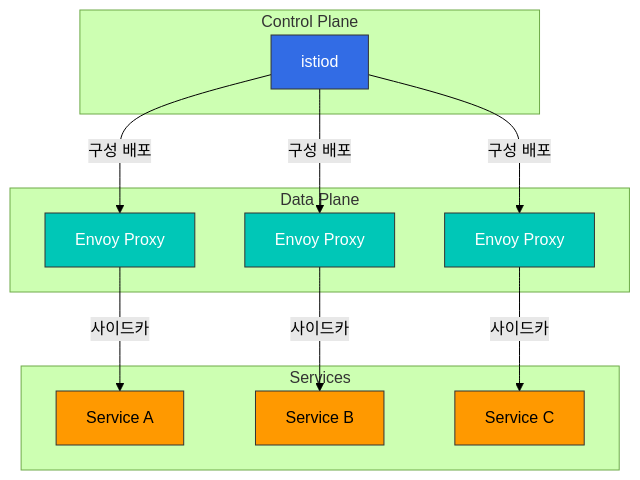
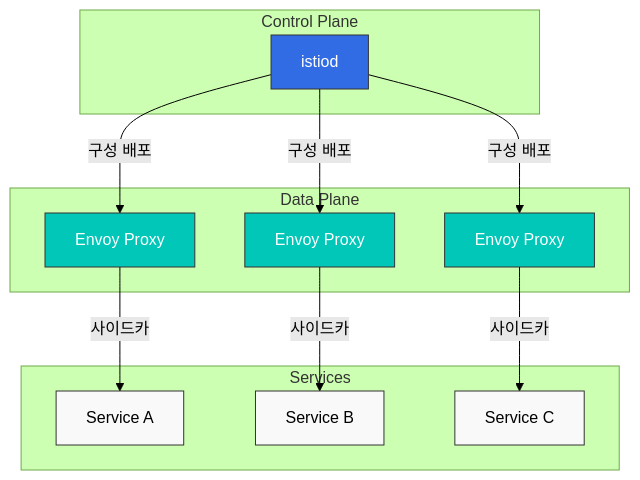
The diagram in tools/02-istio.md (Atom-oh/kubernetes-docs), drawn with Mermaid (forest theme) before and after one commit. The commit also changed 8 other files, not shown here.

Commit message:
다이어그램 업데이트

````diff
--- a/tools/02-istio.md
+++ b/tools/02-istio.md
@@ -43,36 +43,38 @@
 ```mermaid
 flowchart TD
     subgraph "Control Plane"
         A[istiod]
     end
     
     subgraph "Data Plane"
         B[Envoy Proxy]
         C[Envoy Proxy]
         D[Envoy Proxy]
     end
     
     subgraph "Services"
         E[Service A]
         F[Service B]
         G[Service C]
     end
     
     A -->|구성 배포| B
     A -->|구성 배포| C
     A -->|구성 배포| D
     
     B -->|사이드카| E
     C -->|사이드카| F
     D -->|사이드카| G
     
-    %% 스타일 적용
-    classDef k8sComponent fill:#326CE5,stroke:#333,stroke-width:1px,color:white
-    classDef userApp fill:#00C7B7,stroke:#333,stroke-width:1px,color:white
-    classDef awsService fill:#FF9900,stroke:#333,stroke-width:1px,color:black
+    %% 스타일 정의
+    classDef awsService fill:#FF9900,stroke:#333,stroke-width:1px,color:black;
+    classDef k8sComponent fill:#326CE5,stroke:#333,stroke-width:1px,color:white;
+    classDef userApp fill:#00C7B7,stroke:#333,stroke-width:1px,color:white;
+    classDef dataStore fill:#3B48CC,stroke:#333,stroke-width:1px,color:white;
+    classDef default fill:#f9f9f9,stroke:#333,stroke-width:1px,color:black;
     
     %% 클래스 적용
     class A k8sComponent
     class B,C,D userApp
-    class E,F,G awsService
+    class E,F,G default
 ```
````
